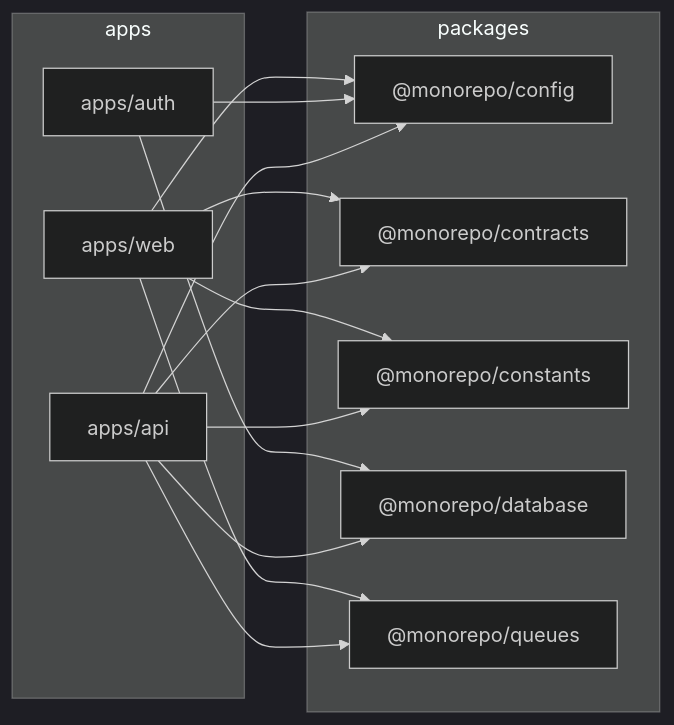
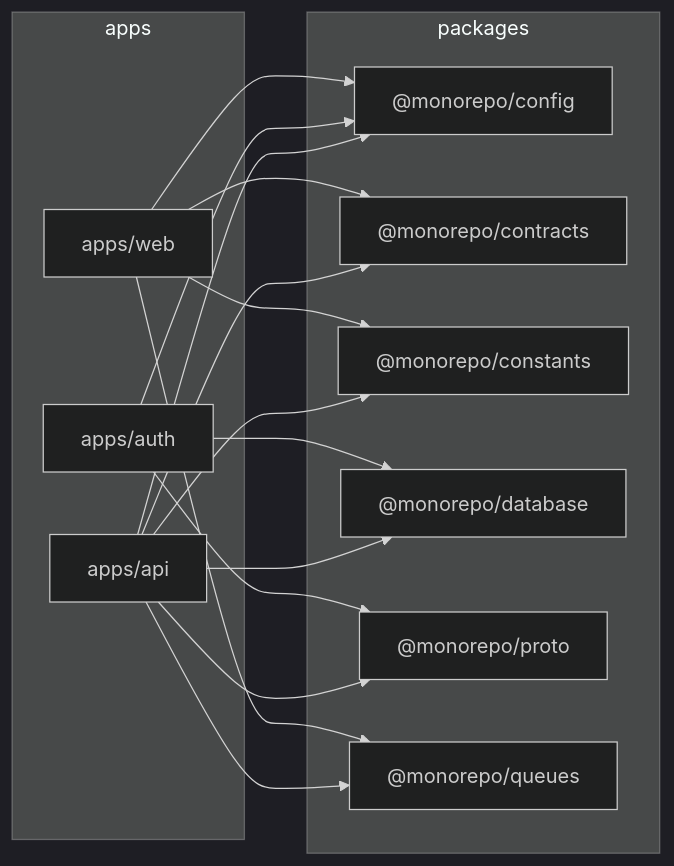
One commit to sonicname/monorepo changed the third of 3 diagrams in README.md. Above: the diagram before and after it, drawn with Mermaid (dark theme). The commit also changed other lines of this file and 18 other files, not shown here.

````diff
--- a/README.md
+++ b/README.md
@@ -80,30 +83,33 @@
 ```mermaid
 graph LR
     subgraph apps
         Web["apps/web"]
         AuthApp["apps/auth"]
         APIApp["apps/api"]
     end
 
     subgraph packages
         Config["@monorepo/config"]
         Contracts["@monorepo/contracts"]
         Constants["@monorepo/constants"]
         Database["@monorepo/database"]
+        Proto["@monorepo/proto"]
         Queues["@monorepo/queues"]
     end
 
     Web --> Config
     Web --> Contracts
     Web --> Constants
     Web --> Queues
 
     AuthApp --> Config
     AuthApp --> Database
+    AuthApp --> Proto
 
     APIApp --> Config
     APIApp --> Contracts
     APIApp --> Constants
     APIApp --> Database
+    APIApp --> Proto
     APIApp --> Queues
 ```
````
